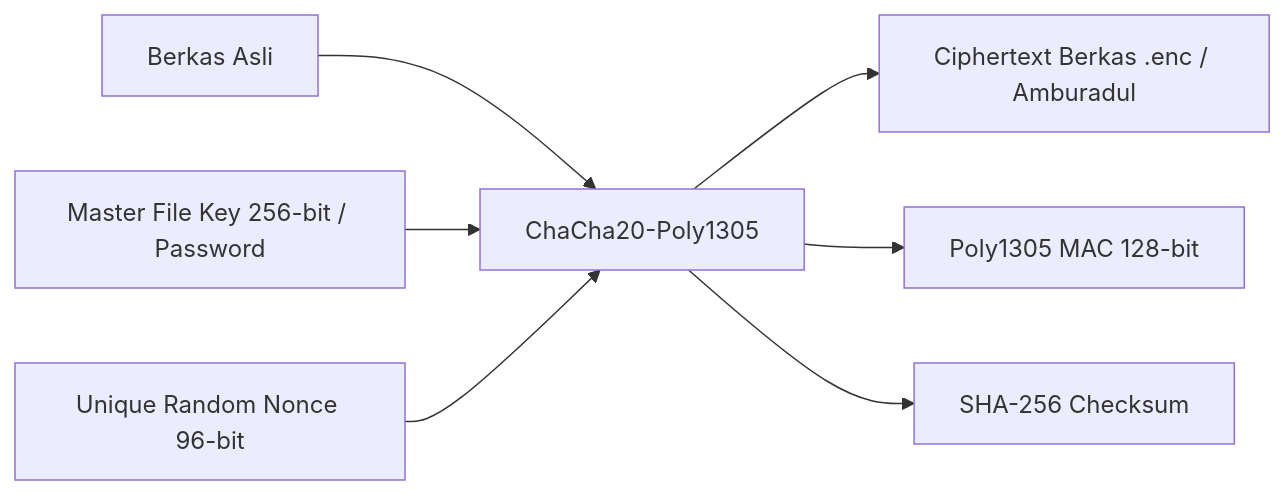
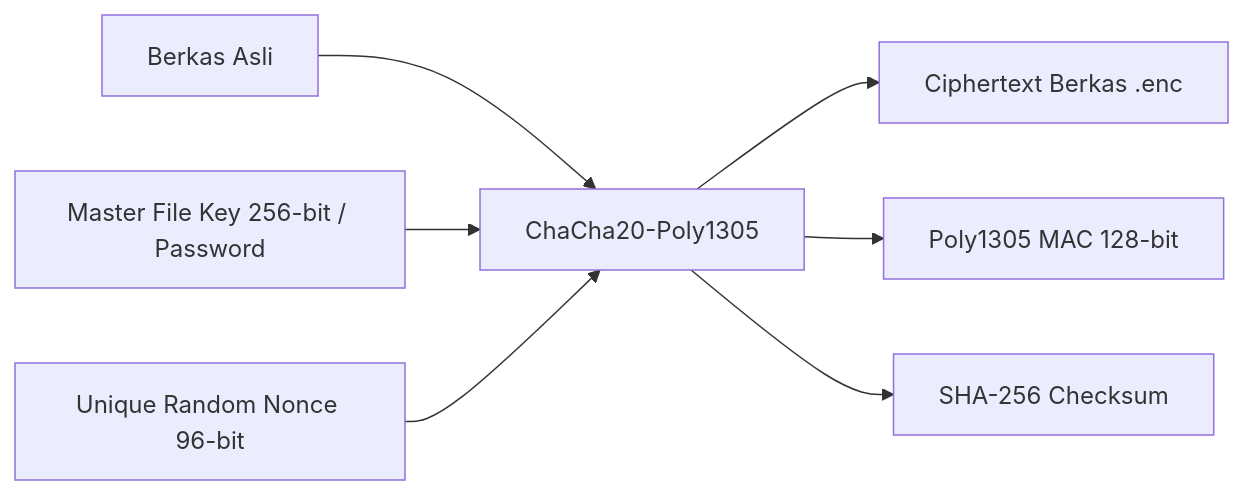
Before and after one commit to MDIMASSETIAJI/SecureClass: the fourth of 4 diagrams in README.md, drawn with Mermaid. The commit also changed other lines of this file and 2 other files, not shown here.

Commit message:
style: remove info banner from file encryption and remove amburadul label

````diff
--- a/README.md
+++ b/README.md
@@ -125,9 +125,9 @@
 ```mermaid
 flowchart LR
     F[Berkas Asli] --> CC[ChaCha20-Poly1305]
     K[Master File Key 256-bit / Password] --> CC
     N[Unique Random Nonce 96-bit] --> CC
-    CC --> EF[Ciphertext Berkas .enc / Amburadul]
+    CC --> EF[Ciphertext Berkas .enc]
     CC --> AT[Poly1305 MAC 128-bit]
     CC --> SHA[SHA-256 Checksum]
 ```
````
